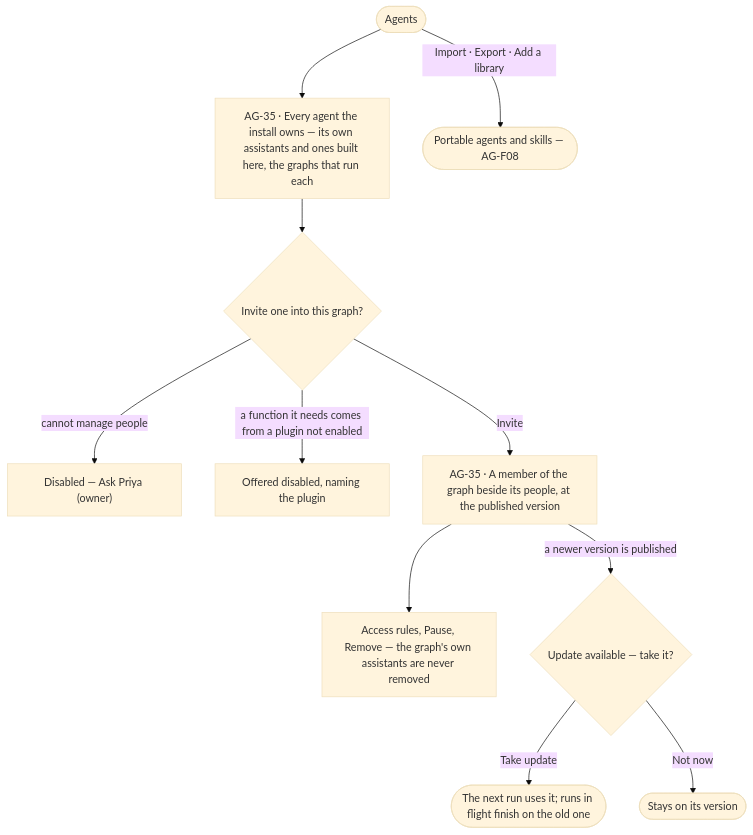
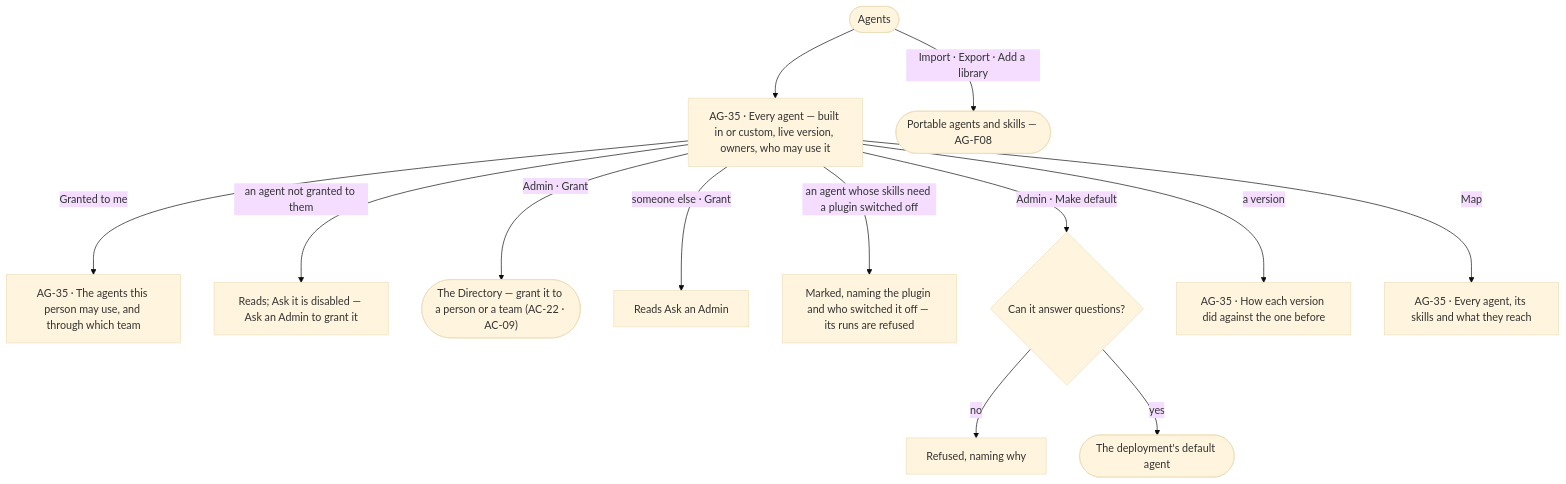
Before and after one commit to invana/invana: the diagram in specs/capabilities/agents/features/AG-F02-the-agents-catalogue/feature.md, drawn with Mermaid (base theme). The commit also changed other lines of this file and 522 other files, not shown here.

First line of the commit message:
feat(specs): specs-planes — Access, Control, Agents, Evidence and Ontology planes

````diff
--- a/specs/capabilities/agents/features/AG-F02-the-agents-catalogue/feature.md
+++ b/specs/capabilities/agents/features/AG-F02-the-agents-catalogue/feature.md
@@ -23,13 +24,15 @@
 ```mermaid
 flowchart TD
-  start([Agents]) --> cat["AG-35 · Every agent the install owns — its own assistants and ones built here, the graphs that run each"]
-  cat --> inv{Invite one into this graph?}
-  inv -->|cannot manage people| ix["Disabled — Ask Priya (owner)"]
-  inv -->|a function it needs comes from a plugin not enabled| px["Offered disabled, naming the plugin"]
-  inv -->|Invite| mem["AG-35 · A member of the graph beside its people, at the published version"]
-  mem --> acc["Access rules, Pause, Remove — the graph's own assistants are never removed"]
-  mem -->|a newer version is published| up{"Update available — take it?"}
-  up -->|Take update| next(["The next run uses it; runs in flight finish on the old one"])
-  up -->|Not now| stay([Stays on its version])
+  start([Agents]) --> cat["AG-35 · Every agent — built in or custom, live version, owners, who may use it"]
+  cat -->|Granted to me| mine["AG-35 · The agents this person may use, and through which team"]
+  cat -->|an agent not granted to them| ng["Reads; Ask it is disabled — Ask an Admin to grant it"]
+  cat -->|Admin · Grant| gr(["The Directory — grant it to a person or a team (AC-22 · AC-09)"])
+  cat -->|someone else · Grant| gx["Reads Ask an Admin"]
+  cat -->|an agent whose skills need a plugin switched off| po["Marked, naming the plugin and who switched it off — its runs are refused"]
+  cat -->|Admin · Make default| df{"Can it answer questions?"}
+  df -->|no| dfx["Refused, naming why"]
+  df -->|yes| dd(["The deployment's default agent"])
+  cat -->|a version| ver["AG-35 · How each version did against the one before"]
+  cat -->|Map| map["AG-35 · Every agent, its skills and what they reach"]
   start -->|Import · Export · Add a library| port(["Portable agents and skills — AG-F08"])
 ```
````
